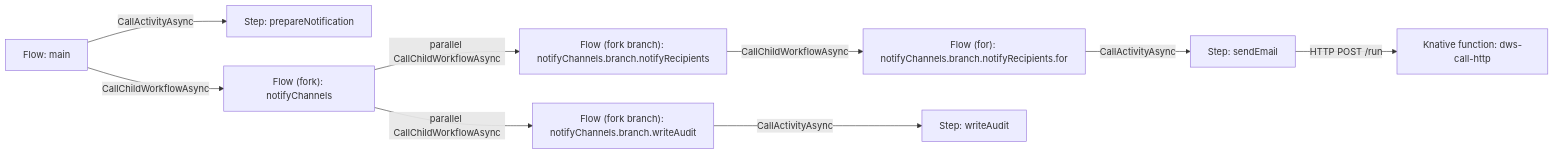
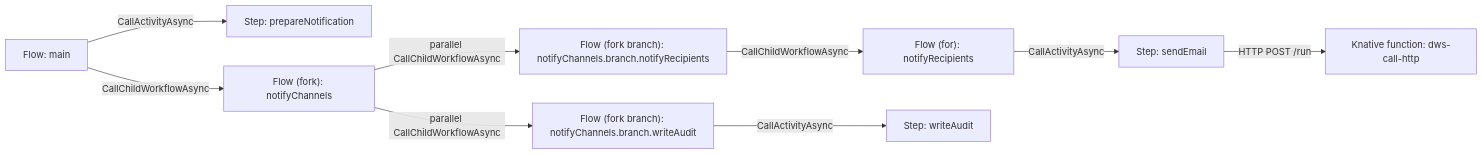
The second of 6 diagrams in docs/roadmaps/workflow-runtime-architecture.md (tonylibs/dapr-workflow-spec), drawn with Mermaid before and after one commit.

Commit message:
docs(docs): correct fork branch structural task in parallel-fork example diagram
Line 205 of the parallel-fork mermaid block incorrectly showed the `for` task
node's label as `notifyChannels.branch.notifyRecipients.for`, which included a
nested-scope suffix no longer used. A branch's root structural task now keeps
its own DSL name as the node identifier. Changed to `notifyRecipients`.

Verified against golden fixture expected-graph.json which correctly shows
nodeId as just "notifyRecipients" without the compound path.

Claude-Session: https://claude.ai/code/session_0168hvePaCBaeygBAeGNJ12Y

````diff
--- a/docs/roadmaps/workflow-runtime-architecture.md
+++ b/docs/roadmaps/workflow-runtime-architecture.md
@@ -199,11 +199,11 @@
 ```mermaid
 flowchart LR
   Main["Flow: main"] -->|CallActivityAsync| Prepare["Step: prepareNotification"]
   Main -->|CallChildWorkflowAsync| Fork["Flow (fork): notifyChannels"]
   Fork -->|parallel CallChildWorkflowAsync| BranchNotify["Flow (fork branch): notifyChannels.branch.notifyRecipients"]
   Fork -->|parallel CallChildWorkflowAsync| BranchAudit["Flow (fork branch): notifyChannels.branch.writeAudit"]
-  BranchNotify -->|CallChildWorkflowAsync| For["Flow (for): notifyChannels.branch.notifyRecipients.for"]
+  BranchNotify -->|CallChildWorkflowAsync| For["Flow (for): notifyRecipients"]
   For -->|CallActivityAsync| Email["Step: sendEmail"]
   Email -->|HTTP POST /run| Http["Knative function: dws-call-http"]
   BranchAudit -->|CallActivityAsync| Audit["Step: writeAudit"]
 ```
````
